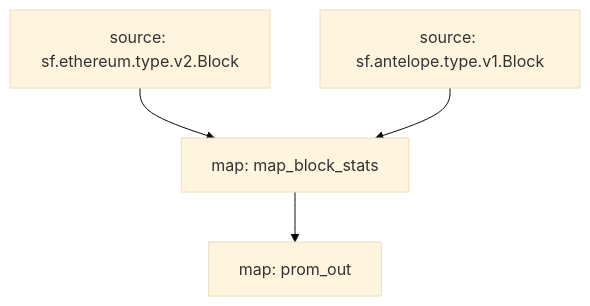
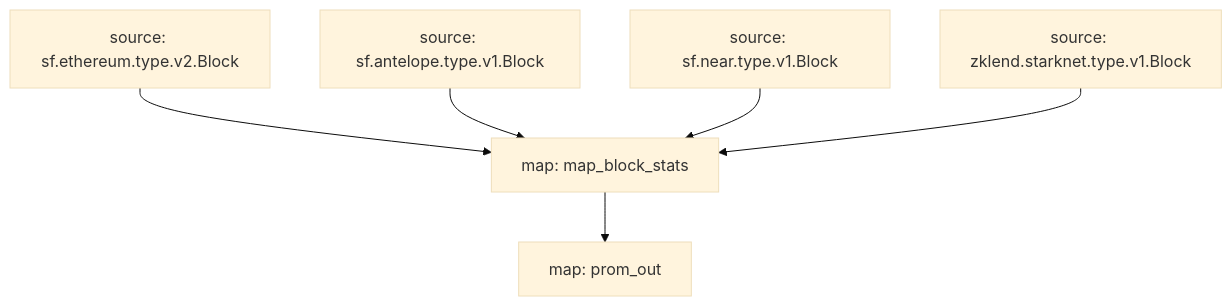
The diagram in README.md (pinax-network/subtivity-substreams), drawn with Mermaid (base theme) before and after one commit. The commit also changed other lines of this file and 11 other files, not shown here.

````diff
--- a/README.md
+++ b/README.md
@@ -37,8 +39,10 @@
 ```mermaid
 graph TD;
   map_block_stats[map: map_block_stats]
   sf.ethereum.type.v2.Block[source: sf.ethereum.type.v2.Block] --> map_block_stats
   sf.antelope.type.v1.Block[source: sf.antelope.type.v1.Block] --> map_block_stats
+  sf.near.type.v1.Block[source: sf.near.type.v1.Block] --> map_block_stats
+  zklend.starknet.type.v1.Block[source: zklend.starknet.type.v1.Block] --> map_block_stats
   prom_out[map: prom_out]
   map_block_stats --> prom_out
 ```
````
